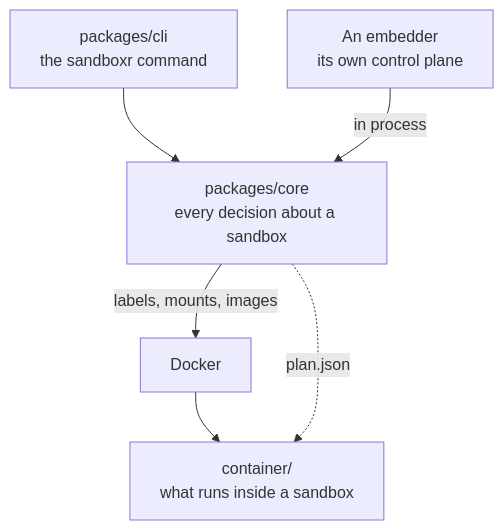
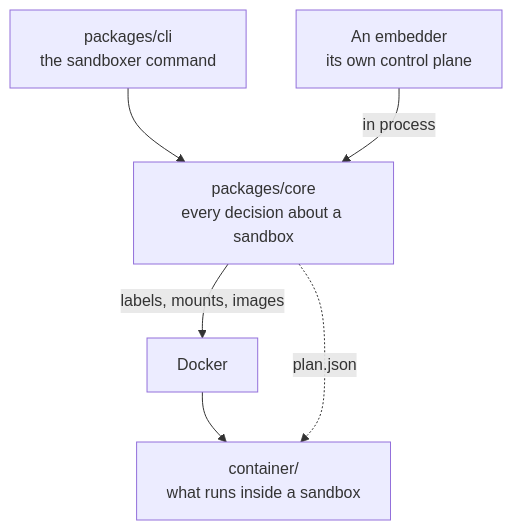
One commit to mattmoran56/sandboxer-core changed the diagram in docs/architecture/index.md. Above: the diagram before and after it, drawn with Mermaid. The commit also changed other lines of this file and 215 other files, not shown here.

````diff
--- a/docs/architecture/index.md
+++ b/docs/architecture/index.md
@@ -56,13 +56,13 @@
 ```mermaid
 flowchart TB
-  cli["packages/cli<br/>the sandboxr command"]
+  cli["packages/cli<br/>the sandboxer command"]
   emb["An embedder<br/>its own control plane"]
   core["packages/core<br/>every decision about a sandbox"]
   dk["Docker"]
   box["container/<br/>what runs inside a sandbox"]
   cli --> core
   emb -->|"in process"| core
   core -->|"labels, mounts, images"| dk
   dk --> box
   core -.->|"plan.json"| box
 ```
````
